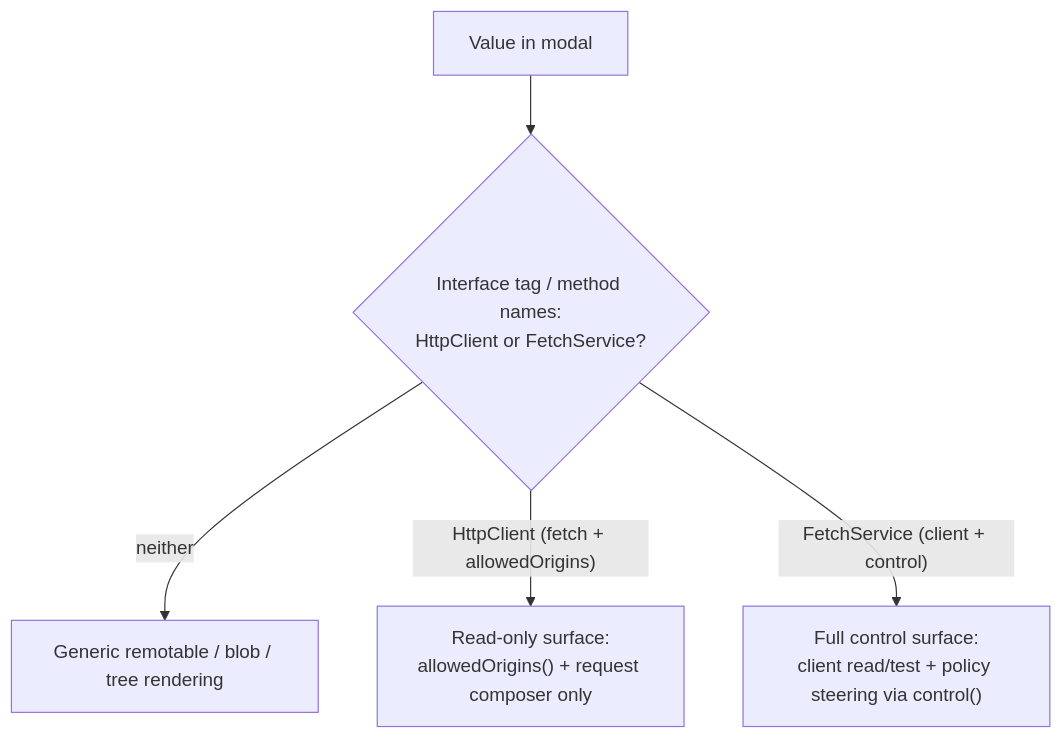
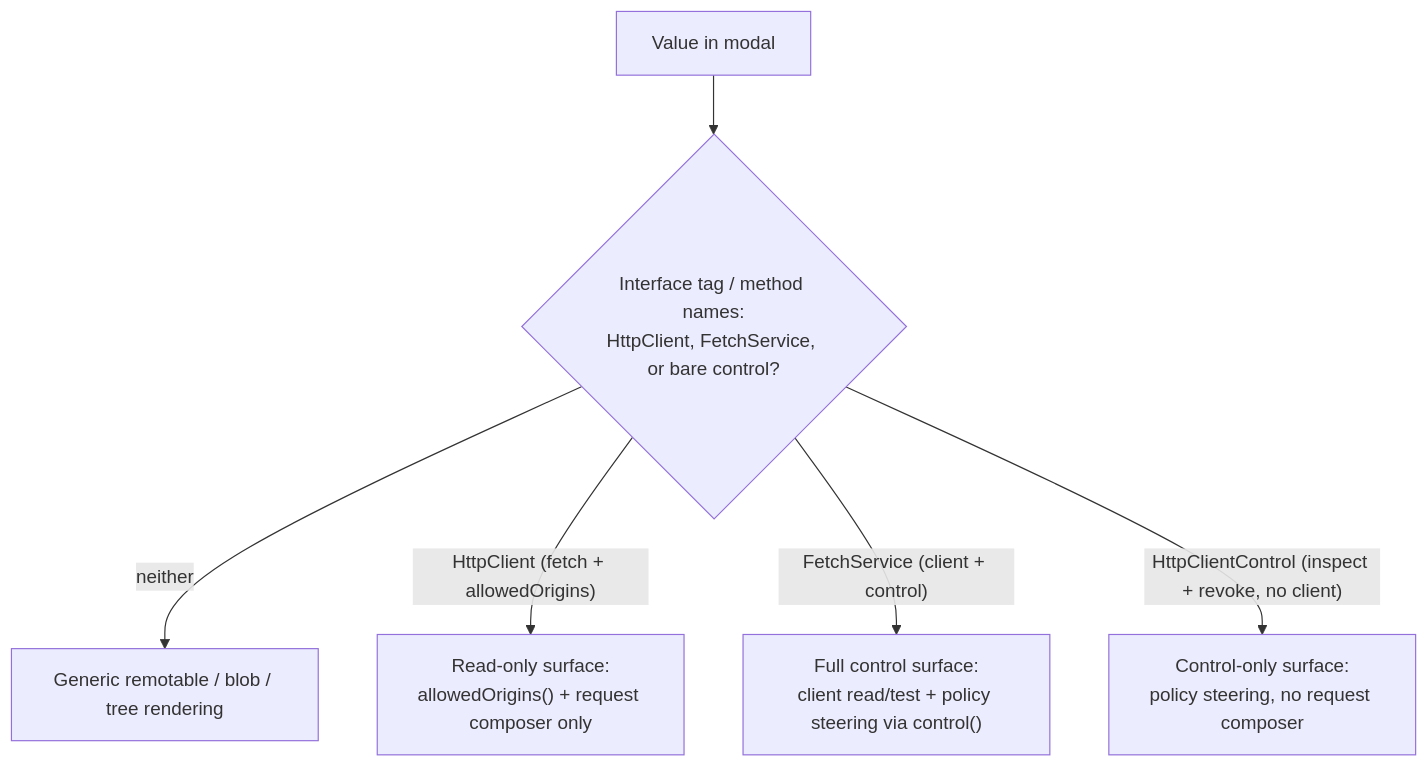
One commit to endojs/endo-but-for-bots changed the first of 2 diagrams in designs/chat-http-controller-ui.md. Above: the diagram before and after it, drawn with Mermaid. The commit also changed other lines of this file, not shown here.

First line of the commit message:
design(chat-http-controller-ui): apply round-4 design-panel must-fix items

````diff
--- a/designs/chat-http-controller-ui.md
+++ b/designs/chat-http-controller-ui.md
@@ -227,7 +227,8 @@
 ```mermaid
 flowchart TD
-  V["Value in modal"] --> D{"Interface tag / method names:<br/>HttpClient or FetchService?"}
+  V["Value in modal"] --> D{"Interface tag / method names:<br/>HttpClient, FetchService, or bare control?"}
   D -- "neither" --> G["Generic remotable / blob / tree rendering"]
   D -- "HttpClient (fetch + allowedOrigins)" --> R["Read-only surface:<br/>allowedOrigins() + request composer only"]
   D -- "FetchService (client + control)" --> F["Full control surface:<br/>client read/test + policy steering via control()"]
+  D -- "HttpClientControl (inspect + revoke, no client)" --> C["Control-only surface:<br/>policy steering, no request composer"]
 ```
````
